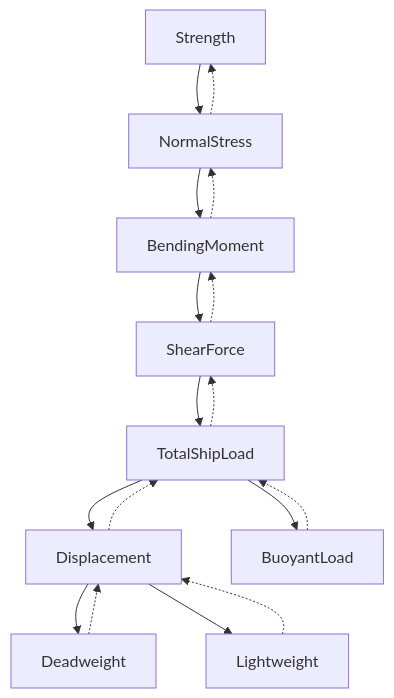
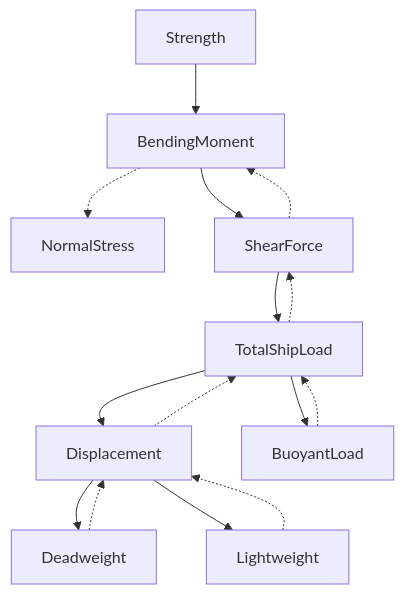
The diagram in README.md (milovanovmaksim/ship_strength_monitoring_system), drawn with Mermaid before and after one commit. The commit also changed other lines of this file, not shown here.

Commit message:
change readme file

````diff
--- a/README.md
+++ b/README.md
@@ -13,19 +13,17 @@
 ```mermaid
 graph TD;
-Strength --> NormalStress
-NormalStress -.-> Strength
-NormalStress --> BendingMoment;
+Strength--> BendingMoment;
 BendingMoment -.-> NormalStress;
 BendingMoment-->ShearForce;
 ShearForce -.->BendingMoment;
 ShearForce-->TotalShipLoad;
 TotalShipLoad -.-> ShearForce;
 TotalShipLoad-->Displacement;
 TotalShipLoad-->BuoyantLoad;
 BuoyantLoad -.->TotalShipLoad;
 Displacement-->Deadweight;
 Displacement-->Lightweight;
 Displacement -.-> TotalShipLoad;
 Lightweight -.->Displacement;
 Deadweight -.->Displacement;
 ```
````
